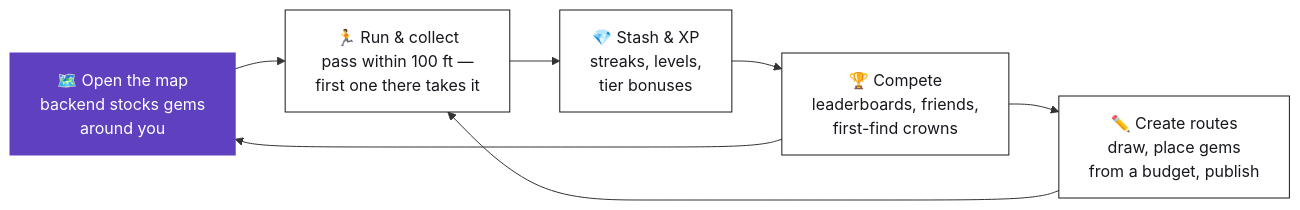
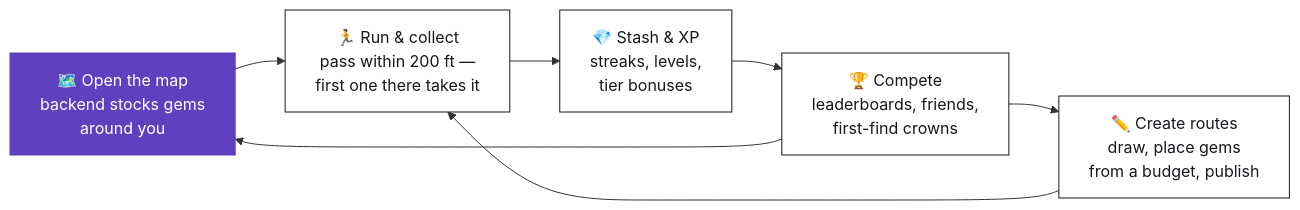
Before and after one commit to Ifthikar20/project-gr: the first of 17 diagrams in docs/16-architecture-deep-dive.md, drawn with Mermaid. The commit also changed other lines of this file and 13 other files, not shown here.

````diff
--- a/docs/16-architecture-deep-dive.md
+++ b/docs/16-architecture-deep-dive.md
@@ -34,13 +34,13 @@
 ```mermaid
 flowchart LR
     A["🗺️ Open the map<br/>backend stocks gems<br/>around you"]:::pulse
-    B["🏃 Run & collect<br/>pass within 100 ft —<br/>first one there takes it"]:::card
+    B["🏃 Run & collect<br/>pass within 200 ft —<br/>first one there takes it"]:::card
     C["✏️ Create routes<br/>draw, place gems<br/>from a budget, publish"]:::card
     D["💎 Stash & XP<br/>streaks, levels,<br/>tier bonuses"]:::card
     E["🏆 Compete<br/>leaderboards, friends,<br/>first-find crowns"]:::card
     A --> B --> D --> E --> A
     C --> B
     E --> C
     classDef pulse fill:#5F40BF,stroke:#5F40BF,color:#FFFFFF
     classDef card fill:#FFFFFF,stroke:#16181D,color:#16181D
 ```
````
